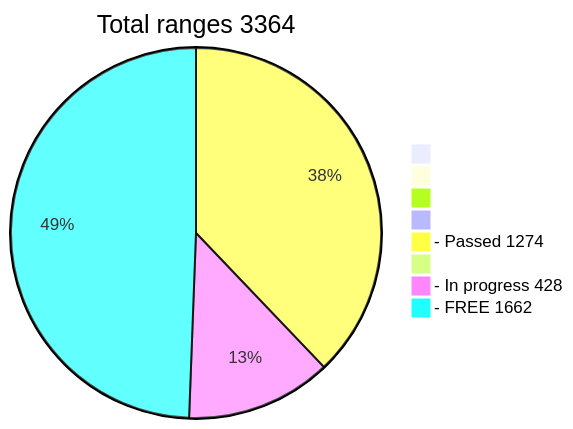
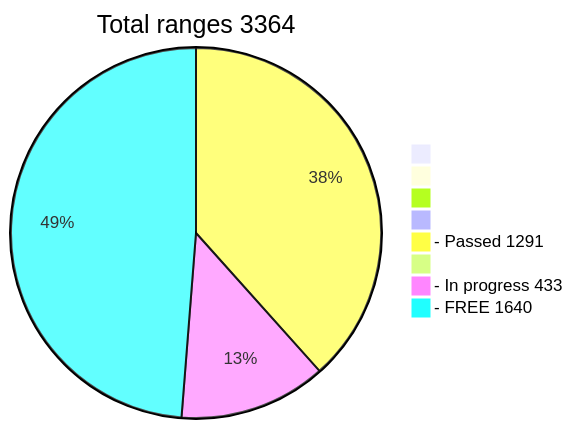
One commit to phrutis/wif500 changed the diagram in README.md. Above: the diagram before and after it, drawn with Mermaid.

````diff
--- a/README.md
+++ b/README.md
@@ -16,12 +16,12 @@
 ```mermaid
 pie title Total ranges 3364
              " " : 0
             "  " : 0
            "   " : 0
           "    " : 0
-  "- Passed 1274" : 1274
+  "- Passed 1291" : 1291
          "     " : 0
-  "- In progress 428" : 428
-   "- FREE 1662" : 1662
+  "- In progress 433" : 433
+   "- FREE 1640" : 1640
    
 ```
````
